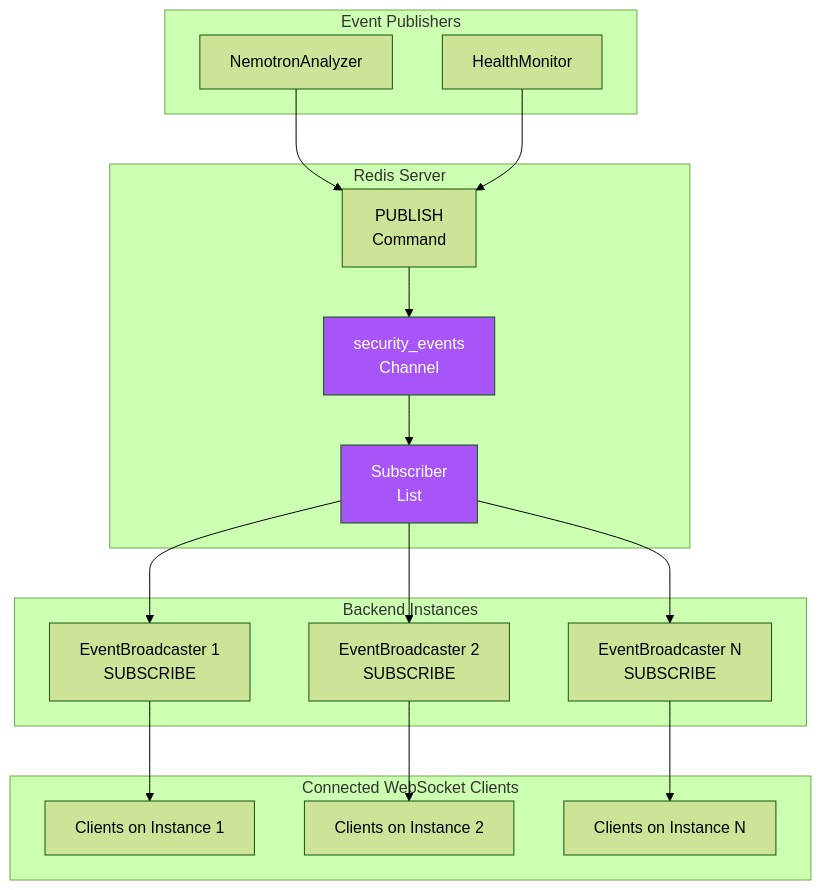
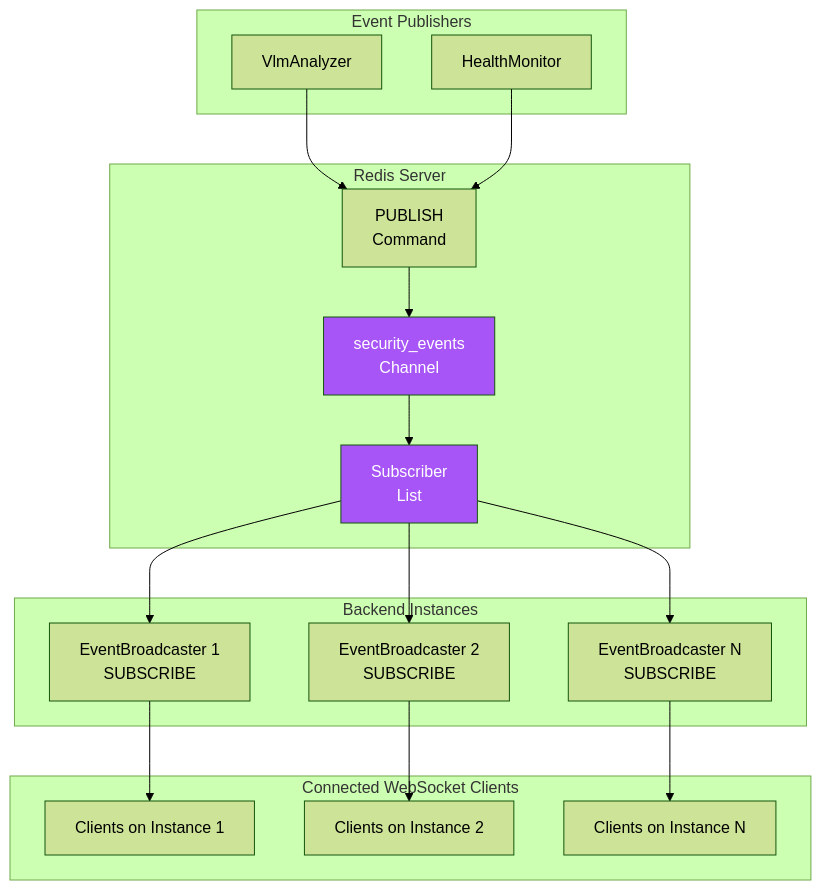
The fourth of 11 diagrams in docs/architecture/real-time.md (mikesvoboda/nemotron-v3-home-security-intelligence), drawn with Mermaid (forest theme) before and after one commit. The commit also changed other lines of this file and 231 other files, not shown here.

````diff
--- a/docs/architecture/real-time.md
+++ b/docs/architecture/real-time.md
@@ -261,37 +259,37 @@
 ```mermaid
 flowchart TB
     subgraph Publishers["Event Publishers"]
-        P1[NemotronAnalyzer]
+        P1[VlmAnalyzer]
         P2[HealthMonitor]
     end
 
     subgraph Redis["Redis Server"]
         PUB[PUBLISH<br/>Command]
         CH[security_events<br/>Channel]
         SUB[Subscriber<br/>List]
     end
 
     subgraph Subscribers["Backend Instances"]
         S1[EventBroadcaster 1<br/>SUBSCRIBE]
         S2[EventBroadcaster 2<br/>SUBSCRIBE]
         S3[EventBroadcaster N<br/>SUBSCRIBE]
     end
 
     subgraph Clients["Connected WebSocket Clients"]
         C1[Clients on Instance 1]
         C2[Clients on Instance 2]
         C3[Clients on Instance N]
     end
 
     P1 & P2 --> PUB
     PUB --> CH
     CH --> SUB
     SUB --> S1 & S2 & S3
 
     S1 --> C1
     S2 --> C2
     S3 --> C3
 
     style CH fill:#A855F7,color:#fff
     style SUB fill:#A855F7,color:#fff
 ```
````
